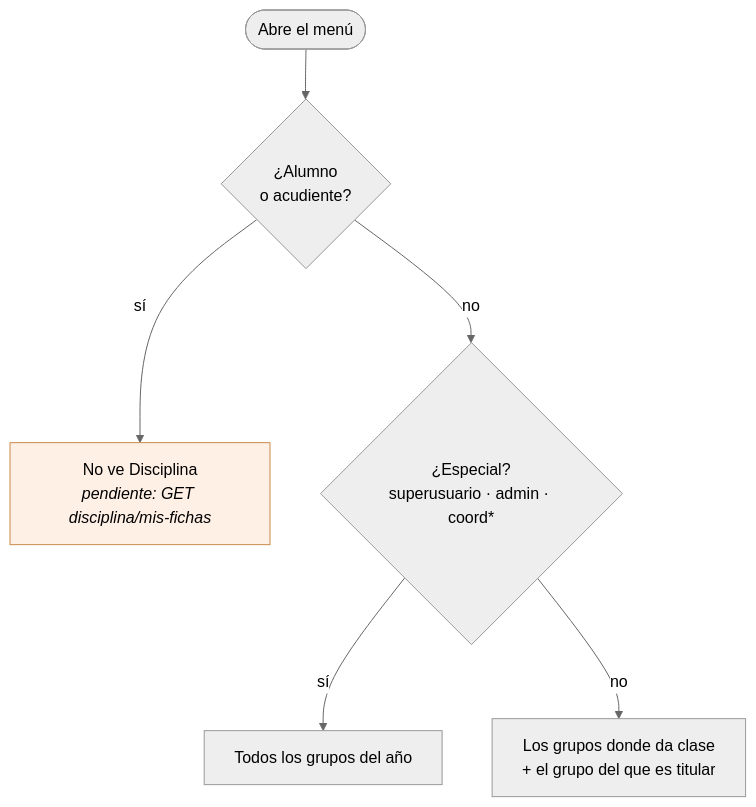
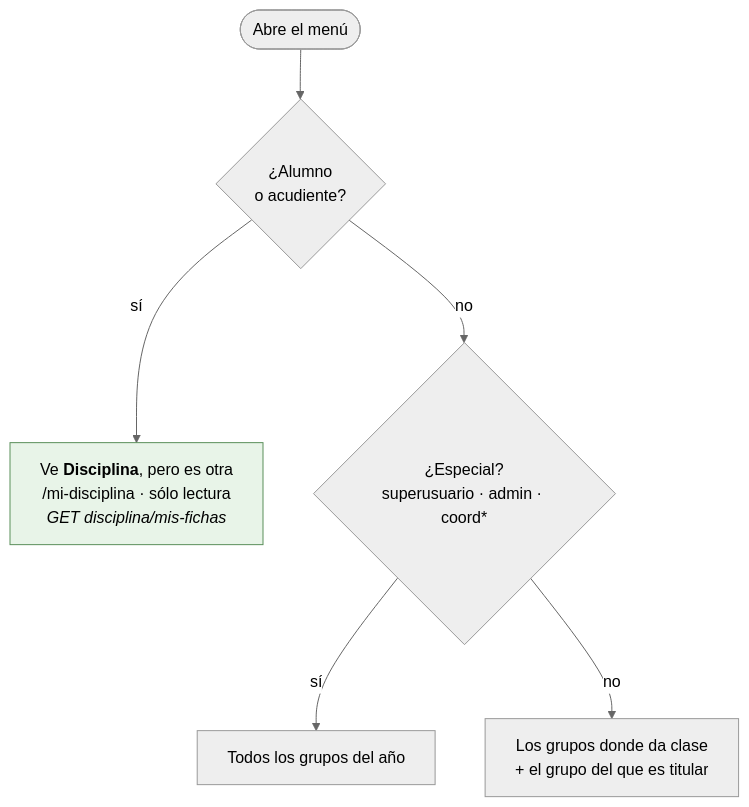
Before and after one commit to bluesky777/myvc_flutter: the third of 5 diagrams in docs/disciplina.md, drawn with Mermaid (neutral theme). The commit also changed other lines of this file and 11 other files, not shown here.

````diff
--- a/docs/disciplina.md
+++ b/docs/disciplina.md
@@ -106,10 +107,10 @@
 ```mermaid
 flowchart TD
     L(["Abre el menú"]) --> Q{"¿Alumno<br/>o acudiente?"}
-    Q -->|"sí"| P["No ve Disciplina<br/><i>pendiente: GET disciplina/mis-fichas</i>"]
+    Q -->|"sí"| P["Ve <b>Disciplina</b>, pero es otra<br/>/mi-disciplina · sólo lectura<br/><i>GET disciplina/mis-fichas</i>"]
     Q -->|"no"| R{"¿Especial?<br/>superusuario · admin · coord*"}
     R -->|"sí"| TODOS["Todos los grupos del año"]
     R -->|"no"| SUYOS["Los grupos donde da clase<br/>+ el grupo del que es titular"]
 
-    style P fill:#fff0e6,stroke:#c98a4b
+    style P fill:#e8f4e8,stroke:#5a8f5a
 ```
````
